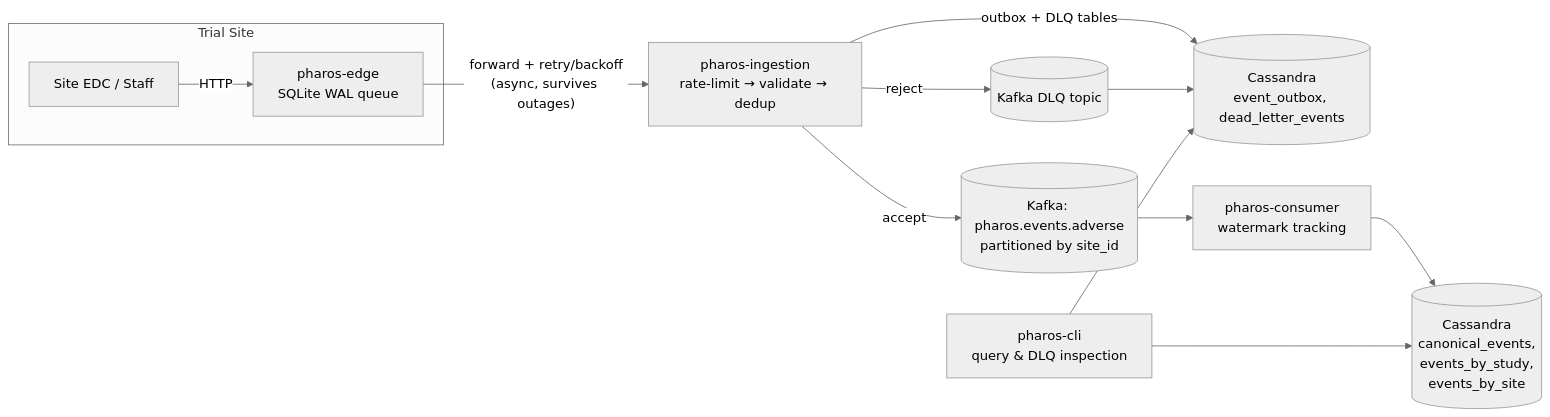
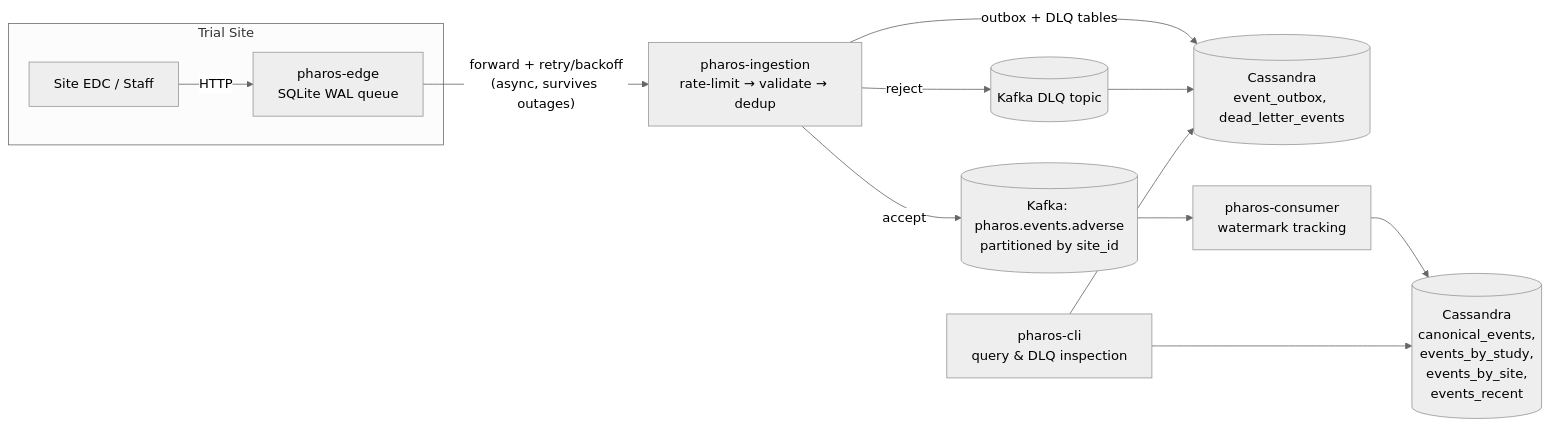
Before and after one commit to gasthecreator/pharos: the diagram in README.md, drawn with Mermaid (neutral theme). The commit also changed other lines of this file and 8 other files, not shown here.

````diff
--- a/README.md
+++ b/README.md
@@ -21,15 +21,15 @@
 ```mermaid
 flowchart LR
     subgraph Site["Trial Site"]
         EDC[Site EDC / Staff] -->|HTTP| Edge[pharos-edge<br/>SQLite WAL queue]
     end
     Edge -->|"forward + retry/backoff<br/>(async, survives outages)"| CI[pharos-ingestion<br/>rate-limit → validate → dedup]
     CI -->|reject| DLQTopic[(Kafka DLQ topic)]
     CI -->|accept| MainTopic[(Kafka: pharos.events.adverse<br/>partitioned by site_id)]
     CI -->|outbox + DLQ tables| Cass1[(Cassandra<br/>event_outbox, dead_letter_events)]
     MainTopic --> Consumer[pharos-consumer<br/>watermark tracking]
     DLQTopic --> Cass1
-    Consumer --> Cass2[(Cassandra<br/>canonical_events,<br/>events_by_study,<br/>events_by_site)]
+    Consumer --> Cass2[(Cassandra<br/>canonical_events,<br/>events_by_study,<br/>events_by_site,<br/>events_recent)]
     CLI[pharos-cli<br/>query & DLQ inspection] --> Cass2
     CLI --> Cass1
 ```
````
